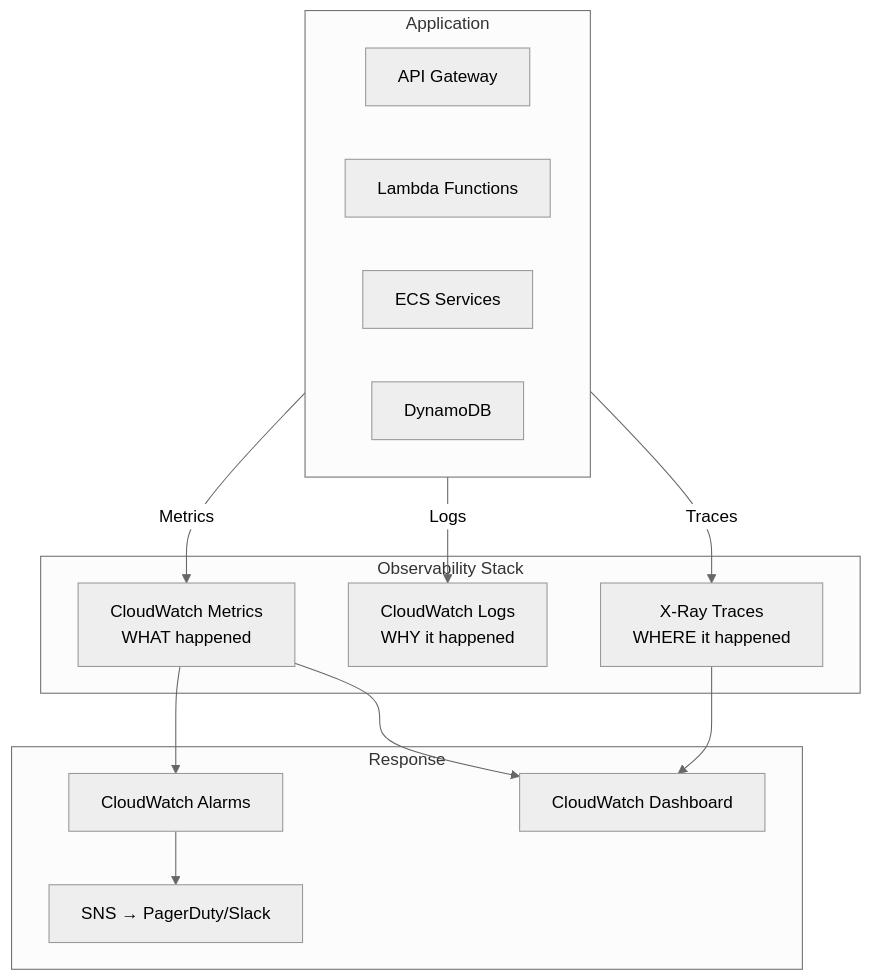
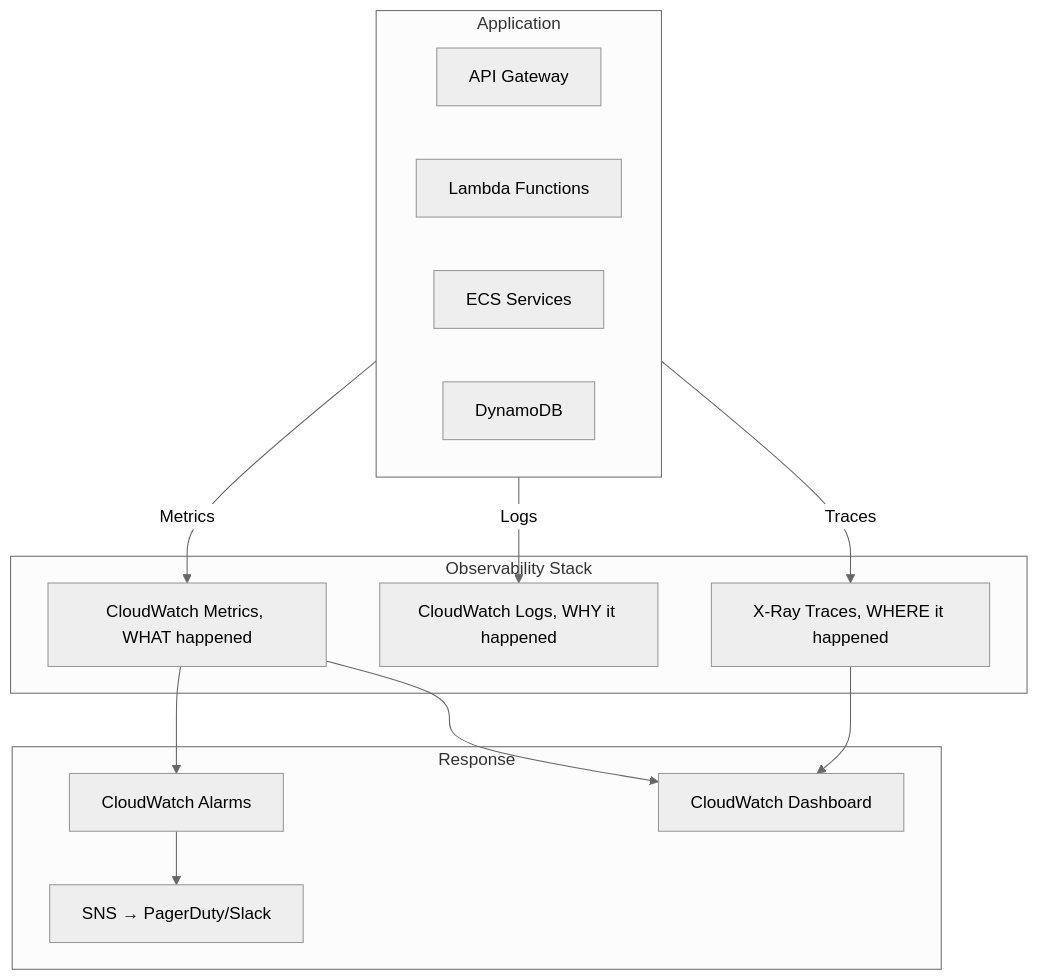
The third of 3 diagrams in Chapter_41_AWS_X_Ray.md (DeeptiShuklaProject/Uday_AWS), drawn with Mermaid (neutral theme) before and after one commit. The commit also changed other lines of this file and 34 other files, not shown here.

Commit message:
Fix mermaid diagrams syntax across all chapters (quote labels and remove HTML)

````diff
--- a/Chapter_41_AWS_X_Ray.md
+++ b/Chapter_41_AWS_X_Ray.md
@@ -518,30 +518,30 @@
 ```mermaid
 flowchart TD
     subgraph App["Application"]
         APIGW[API Gateway]
         Lambda[Lambda Functions]
         ECS[ECS Services]
         DDB[DynamoDB]
     end
     
     subgraph Observability["Observability Stack"]
-        CW_Metrics[CloudWatch Metrics<br>WHAT happened]
-        CW_Logs[CloudWatch Logs<br>WHY it happened]
-        XRay[X-Ray Traces<br>WHERE it happened]
+        CW_Metrics["CloudWatch Metrics, WHAT happened"]
+        CW_Logs["CloudWatch Logs, WHY it happened"]
+        XRay["X-Ray Traces, WHERE it happened"]
     end
     
     subgraph Actions["Response"]
         Alarms[CloudWatch Alarms]
         SNS_Alert[SNS → PagerDuty/Slack]
         Dashboard[CloudWatch Dashboard]
     end
     
     App -->|Metrics| CW_Metrics
     App -->|Logs| CW_Logs
     App -->|Traces| XRay
     
     CW_Metrics --> Alarms
     Alarms --> SNS_Alert
     CW_Metrics --> Dashboard
     XRay --> Dashboard
 ```
````
